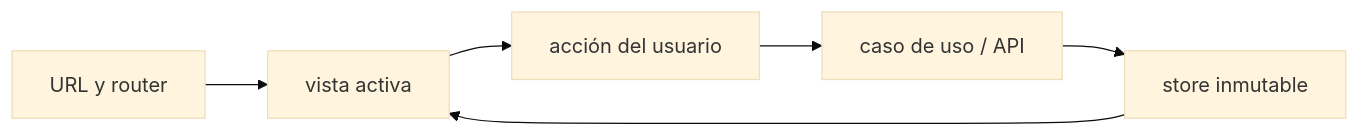
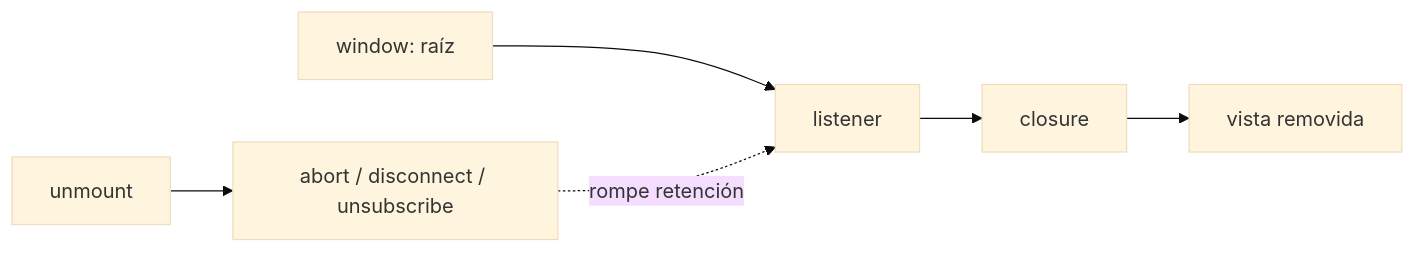
One commit to NICORUIZ93/The_Imperial_Book changed the third of 8 diagrams in web/public/content/javascript/modulo-12.md. Above: the diagram before and after it, drawn with Mermaid (base theme). The commit also changed other lines of this file and 305 other files, not shown here.

````diff
--- a/web/public/content/javascript/modulo-12.md
+++ b/web/public/content/javascript/modulo-12.md
@@ -326,4 +97,5 @@
 ```mermaid
 flowchart LR
-    ROUTER["URL y router"] --> VIEW["vista activa"] --> ACTION["acción del usuario"] --> API["caso de uso / API"] --> STORE["store inmutable"] --> VIEW
+    ROOT["window: raíz"] --> LISTENER["listener"] --> CLOSURE["closure"] --> VIEW["vista removida"]
+    UNMOUNT["unmount"] --> ABORT["abort / disconnect / unsubscribe"] -. "rompe retención" .-> LISTENER
 ```
````
